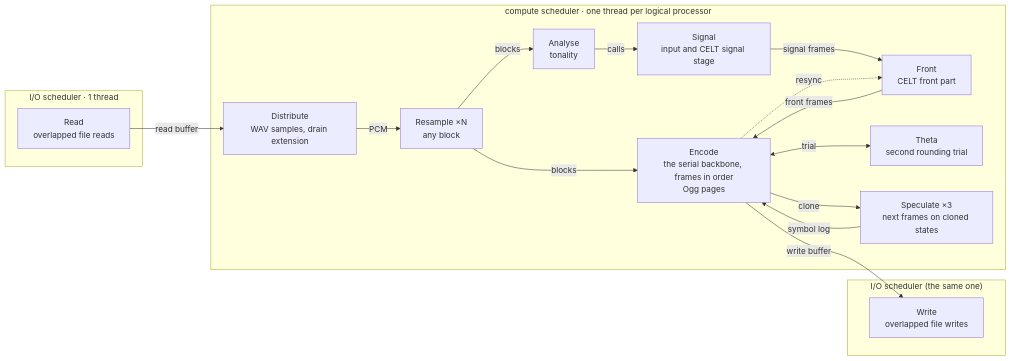
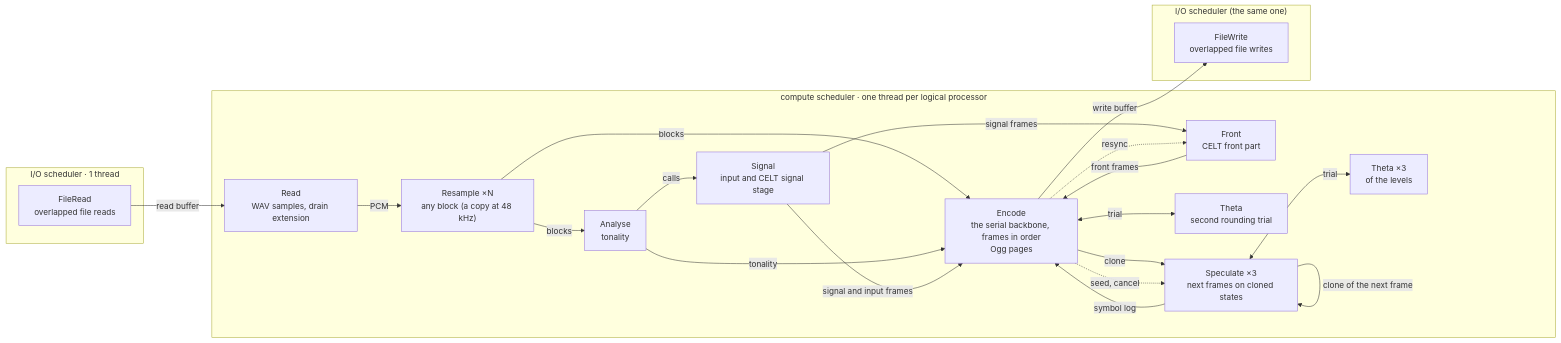
One commit to ThinkMeta-com/ThinkMeta.ConcurrentTasks.Samples changed the diagram in ctOpus/docs/images/graph.mmd. Above: the diagram before and after it, drawn with Mermaid. The commit also changed 700 other files, not shown here.

```diff
--- a/ctOpus/docs/images/graph.mmd
+++ b/ctOpus/docs/images/graph.mmd
@@ -1,29 +1,35 @@
 flowchart LR
     subgraph io ["I/O scheduler · 1 thread"]
-        FR["Read<br/>overlapped file reads"]
+        FR["FileRead<br/>overlapped file reads"]
     end
     subgraph cpu ["compute scheduler · one thread per logical processor"]
-        R["Distribute<br/>WAV samples, drain extension"]
-        W["Resample ×N<br/>any block"]
+        R["Read<br/>WAV samples, drain extension"]
+        W["Resample ×N<br/>any block (a copy at 48 kHz)"]
         A["Analyse<br/>tonality"]
         S["Signal<br/>input and CELT signal stage"]
         F["Front<br/>CELT front part"]
         E["Encode<br/>the serial backbone, frames in order<br/>Ogg pages"]
         T["Theta<br/>second rounding trial"]
         P["Speculate ×3<br/>next frames on cloned states"]
+        PT["Theta ×3<br/>of the levels"]
     end
     subgraph io2 ["I/O scheduler (the same one)"]
-        FW["Write<br/>overlapped file writes"]
+        FW["FileWrite<br/>overlapped file writes"]
     end
     FR -- "read buffer" --> R
     R -- "PCM" --> W
     W -- "blocks" --> E
     W -- "blocks" --> A
     A -- "calls" --> S
+    A -- "tonality" --> E
+    S -- "signal and input frames" --> E
     S -- "signal frames" --> F
     F -- "front frames" --> E
     E -. "resync" .-> F
     E <-- "trial" --> T
     E -- "clone" --> P
+    P -- "clone of the next frame" --> P
+    E -. "seed, cancel" .-> P
     P -- "symbol log" --> E
+    P <-- "trial" --> PT
     E -- "write buffer" --> FW
```
